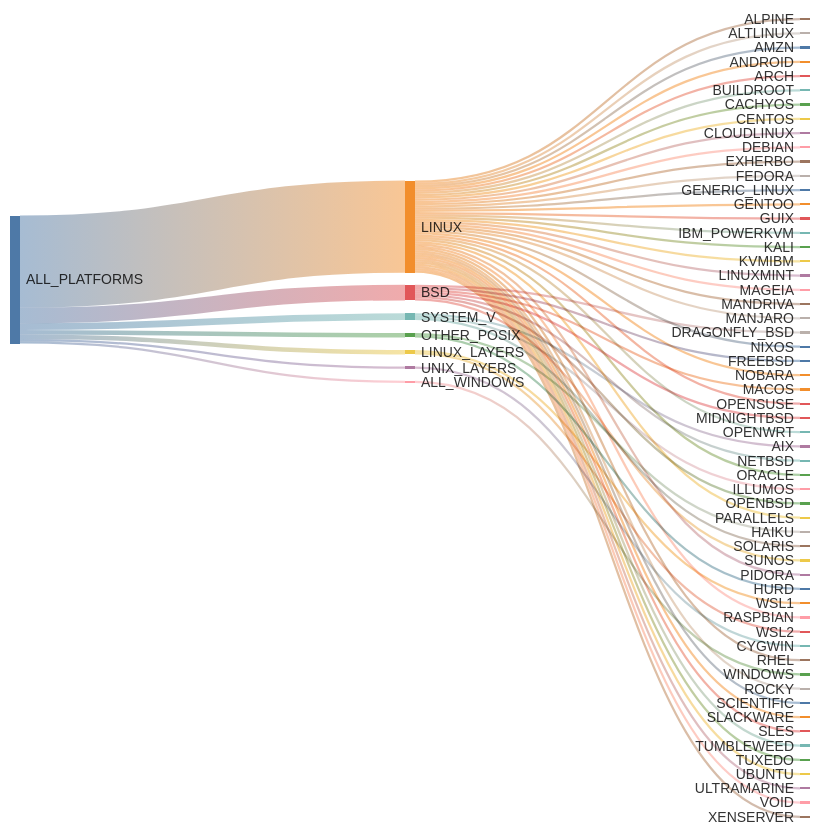
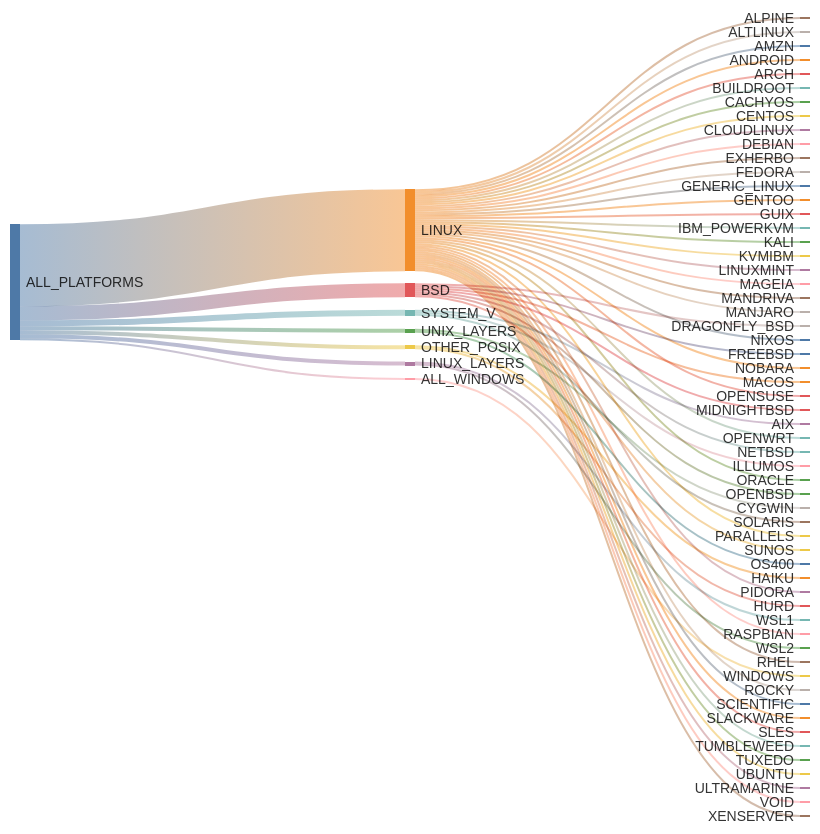
The first of 2 diagrams in docs/platforms.md (kdeldycke/extra-platforms), drawn with Mermaid before and after one commit. The commit also changed other lines of this file and 5 other files, not shown here.

````diff
--- a/docs/platforms.md
+++ b/docs/platforms.md
@@ -158,71 +159,72 @@
 ```mermaid
 ---
 config: {"sankey": {"showValues": false, "width": 800, "height": 800}}
 ---
 sankey-beta
 
 ALL_PLATFORMS,LINUX,41
 ALL_PLATFORMS,BSD,7
 ALL_PLATFORMS,SYSTEM_V,3
+ALL_PLATFORMS,UNIX_LAYERS,2
 ALL_PLATFORMS,OTHER_POSIX,2
 ALL_PLATFORMS,LINUX_LAYERS,2
-ALL_PLATFORMS,UNIX_LAYERS,1
 ALL_PLATFORMS,ALL_WINDOWS,1
 LINUX,ALPINE,1
 LINUX,ALTLINUX,1
 LINUX,AMZN,1
 LINUX,ANDROID,1
 LINUX,ARCH,1
 LINUX,BUILDROOT,1
 LINUX,CACHYOS,1
 LINUX,CENTOS,1
 LINUX,CLOUDLINUX,1
 LINUX,DEBIAN,1
 LINUX,EXHERBO,1
 LINUX,FEDORA,1
 LINUX,GENERIC_LINUX,1
 LINUX,GENTOO,1
 LINUX,GUIX,1
 LINUX,IBM_POWERKVM,1
 LINUX,KALI,1
 LINUX,KVMIBM,1
 LINUX,LINUXMINT,1
 LINUX,MAGEIA,1
 LINUX,MANDRIVA,1
 LINUX,MANJARO,1
 LINUX,NIXOS,1
 LINUX,NOBARA,1
 LINUX,OPENSUSE,1
 LINUX,OPENWRT,1
 LINUX,ORACLE,1
 LINUX,PARALLELS,1
 LINUX,PIDORA,1
 LINUX,RASPBIAN,1
 LINUX,RHEL,1
 LINUX,ROCKY,1
 LINUX,SCIENTIFIC,1
 LINUX,SLACKWARE,1
 LINUX,SLES,1
 LINUX,TUMBLEWEED,1
 LINUX,TUXEDO,1
 LINUX,UBUNTU,1
 LINUX,ULTRAMARINE,1
 LINUX,VOID,1
 LINUX,XENSERVER,1
 BSD,DRAGONFLY_BSD,1
 BSD,FREEBSD,1
 BSD,MACOS,1
 BSD,MIDNIGHTBSD,1
 BSD,NETBSD,1
 BSD,OPENBSD,1
 BSD,SUNOS,1
 SYSTEM_V,AIX,1
 SYSTEM_V,ILLUMOS,1
 SYSTEM_V,SOLARIS,1
+UNIX_LAYERS,CYGWIN,1
+UNIX_LAYERS,OS400,1
 OTHER_POSIX,HAIKU,1
 OTHER_POSIX,HURD,1
 LINUX_LAYERS,WSL1,1
 LINUX_LAYERS,WSL2,1
-UNIX_LAYERS,CYGWIN,1
 ALL_WINDOWS,WINDOWS,1
 ```
````
